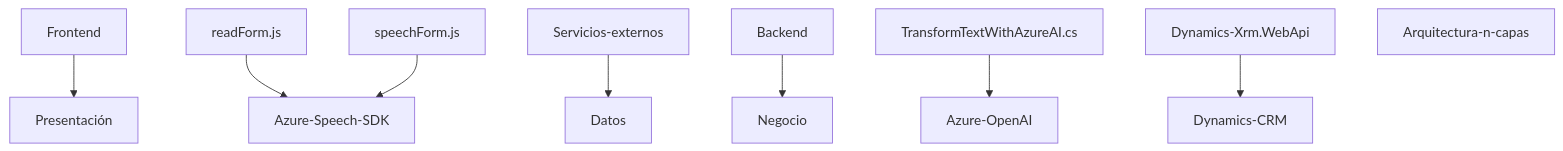
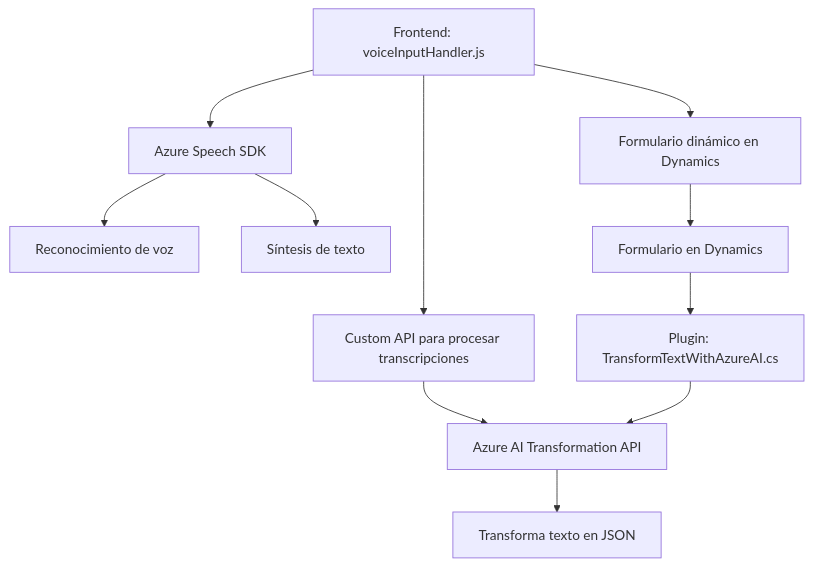
The diagram in README.md (blopezdm/NETCORE_BILBAO2025), drawn with Mermaid before and after one commit. The commit also changed other lines of this file, not shown here.

````diff
--- a/README.md
+++ b/README.md
@@ -48,25 +60,13 @@
 ```mermaid
 graph TD
-    A["Frontend"]
-    A1["readForm.js"]
-    A2["speechForm.js"]
-    B["Servicios-externos"]
-    B1["Azure-Speech-SDK"]
-    B2["Azure-OpenAI"]
-    B3["Dynamics-CRM"]
-    C["Backend"]
-    C1["TransformTextWithAzureAI.cs"]
-    C2["Dynamics-Xrm.WebApi"]
-    D["Arquitectura-n-capas"]
-    D1["Presentación"]
-    D2["Negocio"]
-    D3["Datos"]
-
-    A --> D1
-    B --> D3
-    C --> D2
-    A1 --> B1
-    A2 --> B1
-    C1 --> B2
-    C2 --> B3
+    A["Frontend: voiceInputHandler.js"] --> B["Azure Speech SDK"]
+    A --> C["Formulario dinámico en Dynamics"]
+    A --> D["Custom API para procesar transcripciones"]
+    B --> E["Reconocimiento de voz"]
+    B --> F["Síntesis de texto"]
+    D --> G["Azure AI Transformation API"]
+    G --> H["Transforma texto en JSON"]
+    C --> I["Formulario en Dynamics"]
+    I --> J["Plugin: TransformTextWithAzureAI.cs"]
+    J --> G
 ```
````
